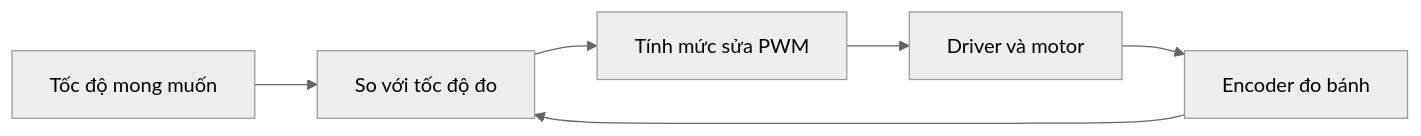
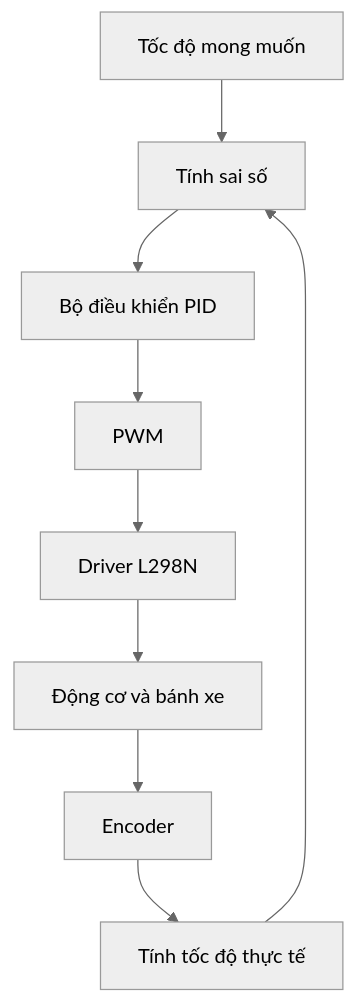
One commit to robovisVN/robovis-manual changed the second of 4 diagrams in docs/robot-arduino/bai-giang/10-pid.md. Above: the diagram before and after it, drawn with Mermaid (neutral theme). The commit also changed other lines of this file, not shown here.

````diff
--- a/docs/robot-arduino/bai-giang/10-pid.md
+++ b/docs/robot-arduino/bai-giang/10-pid.md
@@ -21,8 +83,20 @@
 ```mermaid
-flowchart LR
-    A[Tốc độ mong muốn] --> B[So với tốc độ đo]
-    B --> C[Tính mức sửa PWM]
-    C --> D[Driver và motor]
-    D --> E[Encoder đo bánh]
-    E --> B
+flowchart TD
+    A["Tốc độ mong muốn"]
+    B["Tính sai số"]
+    C["Bộ điều khiển PID"]
+    D["PWM"]
+    E["Driver L298N"]
+    F["Động cơ và bánh xe"]
+    G["Encoder"]
+    H["Tính tốc độ thực tế"]
+
+    A --> B
+    H --> B
+    B --> C
+    C --> D
+    D --> E
+    E --> F
+    F --> G
+    G --> H
 ```
````
